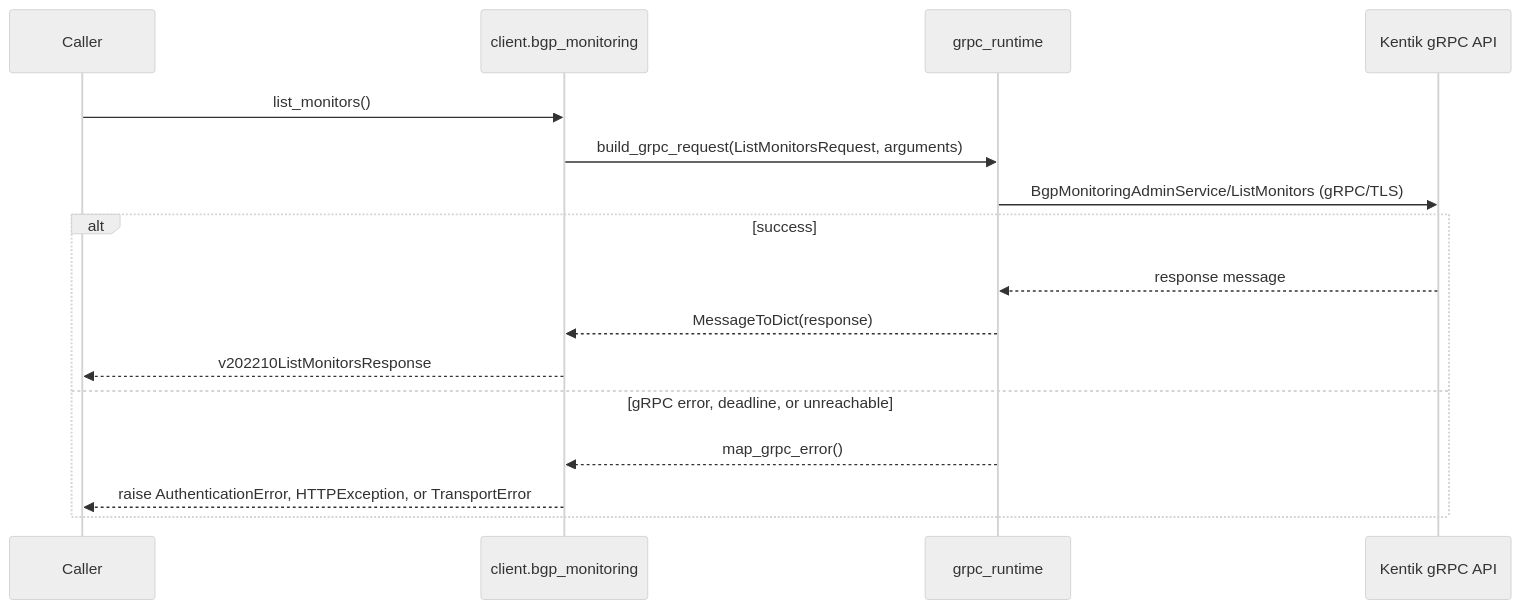
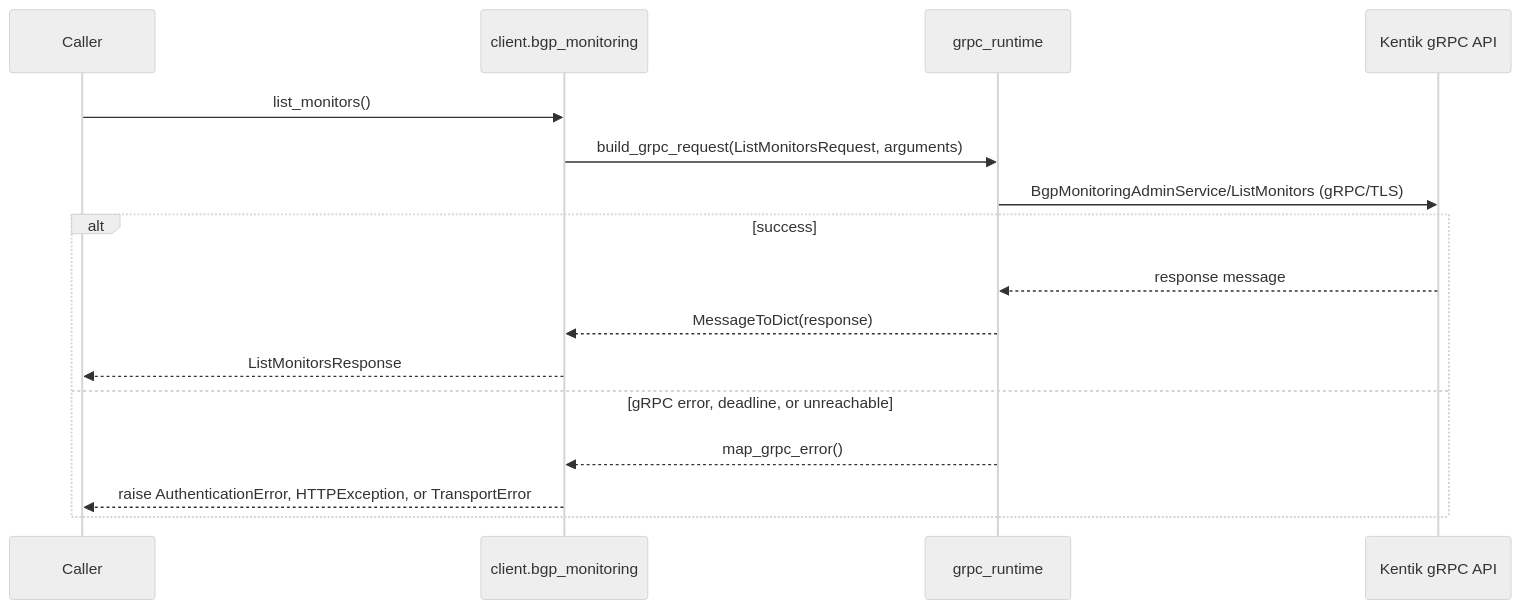
One commit to alexdearaujo/community_sdk_python changed the seventh of 18 diagrams in docs/sphinx/services/bgp_monitoring.md. Above: the diagram before and after it, drawn with Mermaid (neutral theme). The commit also changed other lines of this file and 38 other files, not shown here.

````diff
--- a/docs/sphinx/services/bgp_monitoring.md
+++ b/docs/sphinx/services/bgp_monitoring.md
@@ -213,19 +213,19 @@
 ```mermaid
 sequenceDiagram
     participant C as Caller
     participant W as client.bgp_monitoring
     participant R as grpc_runtime
     participant API as Kentik gRPC API
 
     C->>W: list_monitors()
     W->>R: build_grpc_request(ListMonitorsRequest, arguments)
     R->>API: BgpMonitoringAdminService/ListMonitors (gRPC/TLS)
     alt success
         API-->>R: response message
         R-->>W: MessageToDict(response)
-        W-->>C: v202210ListMonitorsResponse
+        W-->>C: ListMonitorsResponse
     else gRPC error, deadline, or unreachable
         R-->>W: map_grpc_error()
         W-->>C: raise AuthenticationError, HTTPException, or TransportError
     end
 ```
````
